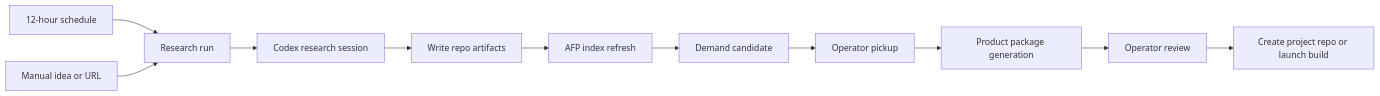
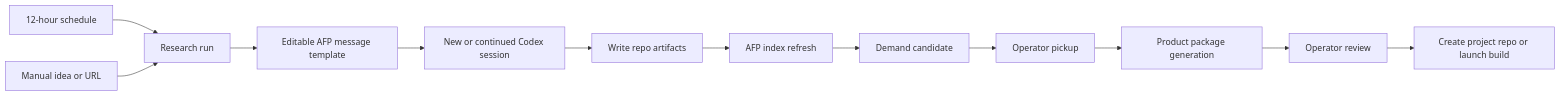
The diagram in docs/demand-repo-control-plane-design.md (iiiyu/afp), drawn with Mermaid before and after one commit. The commit also changed other lines of this file and 2 other files, not shown here.

````diff
--- a/docs/demand-repo-control-plane-design.md
+++ b/docs/demand-repo-control-plane-design.md
@@ -208,13 +310,14 @@
 ```mermaid
 flowchart LR
     Schedule["12-hour schedule"] --> Run["Research run"]
     Manual["Manual idea or URL"] --> Run
-    Run --> Codex["Codex research session"]
+    Run --> Template["Editable AFP message template"]
+    Template --> Codex["New or continued Codex session"]
     Codex --> Repo["Write repo artifacts"]
     Repo --> Index["AFP index refresh"]
     Index --> Candidate["Demand candidate"]
     Candidate --> Pick["Operator pickup"]
     Pick --> Package["Product package generation"]
     Package --> Review["Operator review"]
     Review --> Launch["Create project repo or launch build"]
 ```
````
